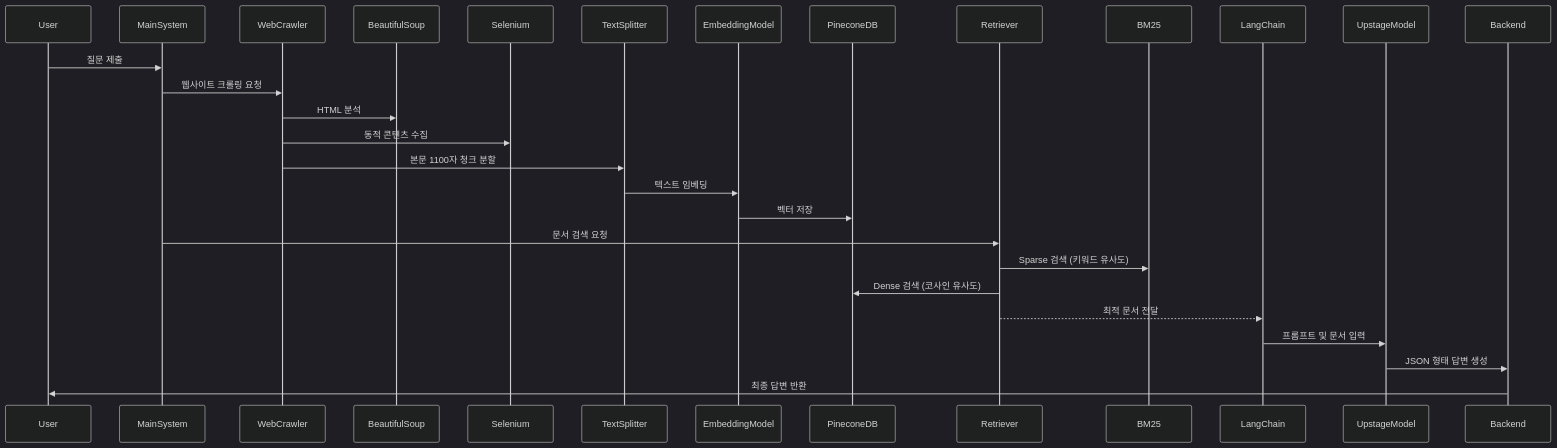
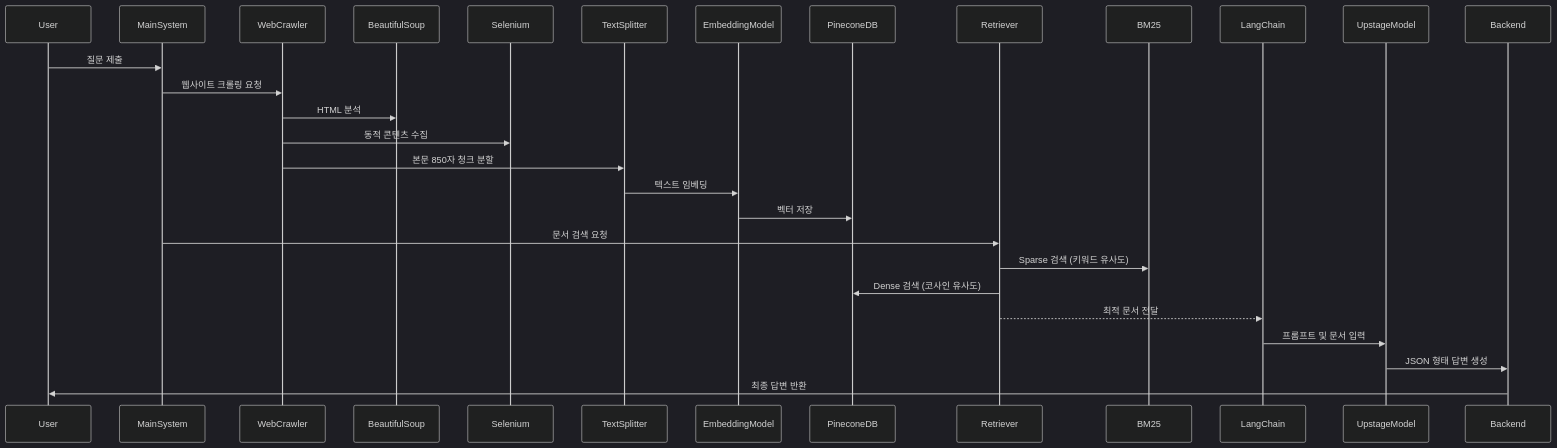
Before and after one commit to datastreams-knu/Documents: the diagram in ai_sequence_diagram.mermaid, drawn with Mermaid (dark theme).

```diff
--- a/ai_sequence_diagram.mermaid
+++ b/ai_sequence_diagram.mermaid
@@ -1,31 +1,31 @@
 sequenceDiagram
     participant User
     participant MainSystem
     participant WebCrawler
     participant BeautifulSoup
     participant Selenium
     participant TextSplitter
     participant EmbeddingModel
     participant PineconeDB
     participant Retriever
     participant BM25
     participant LangChain
     participant UpstageModel
     participant Backend
 
     User->>MainSystem: 질문 제출
     MainSystem->>WebCrawler: 웹사이트 크롤링 요청
     WebCrawler->>BeautifulSoup: HTML 분석
     WebCrawler->>Selenium: 동적 콘텐츠 수집
-    WebCrawler->>TextSplitter: 본문 1100자 청크 분할
+    WebCrawler->>TextSplitter: 본문 850자 청크 분할
     TextSplitter->>EmbeddingModel: 텍스트 임베딩
     EmbeddingModel->>PineconeDB: 벡터 저장
 
     MainSystem->>Retriever: 문서 검색 요청
     Retriever->>BM25: Sparse 검색 (키워드 유사도)
     Retriever->>PineconeDB: Dense 검색 (코사인 유사도)
     
     Retriever-->>LangChain: 최적 문서 전달
     LangChain->>UpstageModel: 프롬프트 및 문서 입력
     UpstageModel->>Backend: JSON 형태 답변 생성
     Backend->>User: 최종 답변 반환
```
